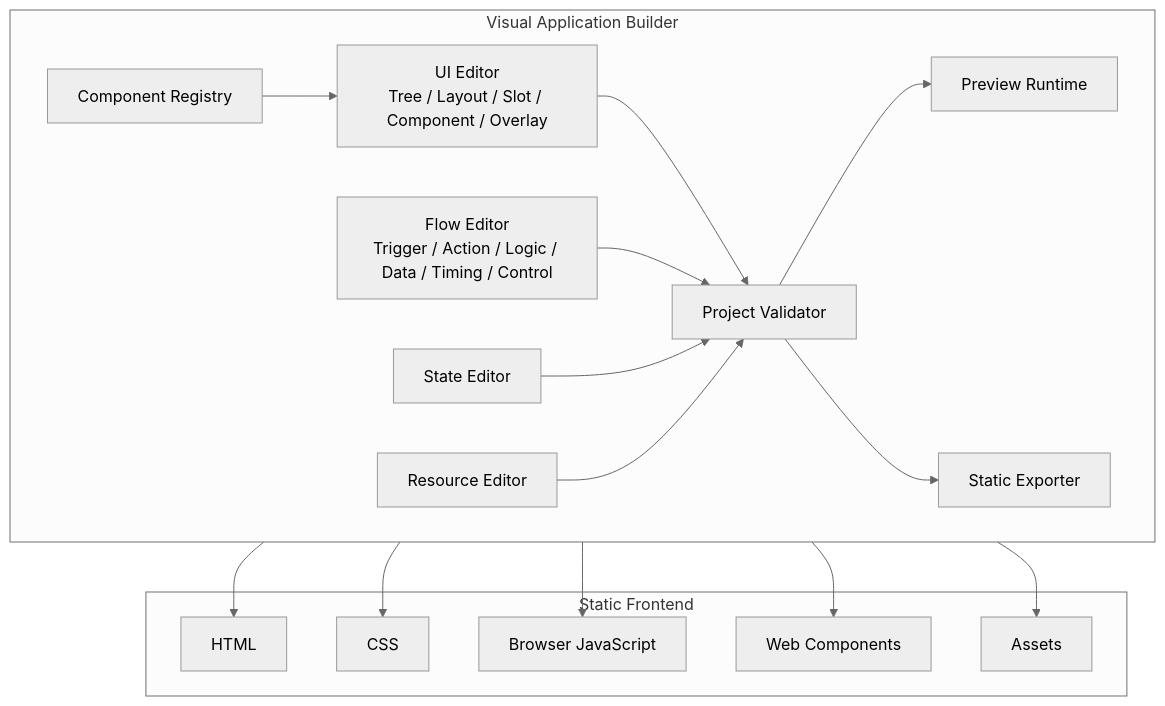
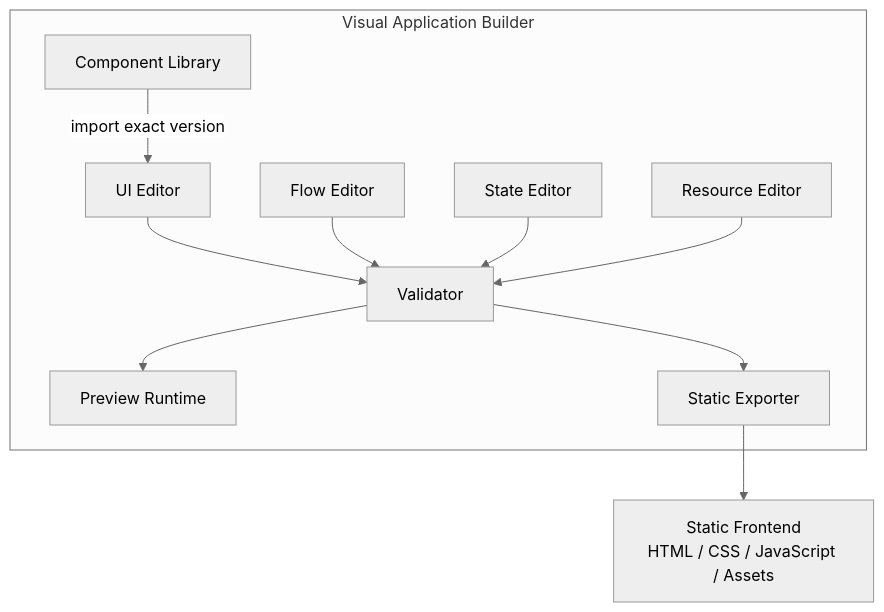
One commit to northwest-hcu/FlagShip changed the sixth of 6 diagrams in docs/architecture/01-product-overview.md. Above: the diagram before and after it, drawn with Mermaid (neutral theme). The commit also changed other lines of this file and 11 other files, not shown here.

Commit message:
docs: align architecture with component ownership model

````diff
--- a/docs/architecture/01-product-overview.md
+++ b/docs/architecture/01-product-overview.md
@@ -972,36 +282,23 @@
 ```mermaid
 flowchart TB
     subgraph Builder["Visual Application Builder"]
-        direction LR
-        UIEditor["UI Editor<br/>Tree / Layout / Slot / Component / Overlay"]
-        FlowEditor["Flow Editor<br/>Trigger / Action / Logic / Data / Timing / Control"]
+        UIEditor["UI Editor"]
+        FlowEditor["Flow Editor"]
         StateEditor["State Editor"]
         ResourceEditor["Resource Editor"]
-        Registry["Component Registry"]
+        Library["Component Library"]
+        Validator["Validator"]
         Preview["Preview Runtime"]
-        Validator["Project Validator"]
         Exporter["Static Exporter"]
     end
 
+    Library -->|"import exact version"| UIEditor
     UIEditor --> Validator
     FlowEditor --> Validator
     StateEditor --> Validator
     ResourceEditor --> Validator
-    Registry --> UIEditor
     Validator --> Preview
     Validator --> Exporter
 
-    subgraph Output["Static Frontend"]
-        HTML["HTML"]
-        CSS["CSS"]
-        JS["Browser JavaScript"]
-        Components["Web Components"]
-        Assets["Assets"]
-    end
-
-    Exporter --> HTML
-    Exporter --> CSS
-    Exporter --> JS
-    Exporter --> Components
-    Exporter --> Assets
+    Exporter --> Output["Static Frontend<br/>HTML / CSS / JavaScript / Assets"]
 ```
````
